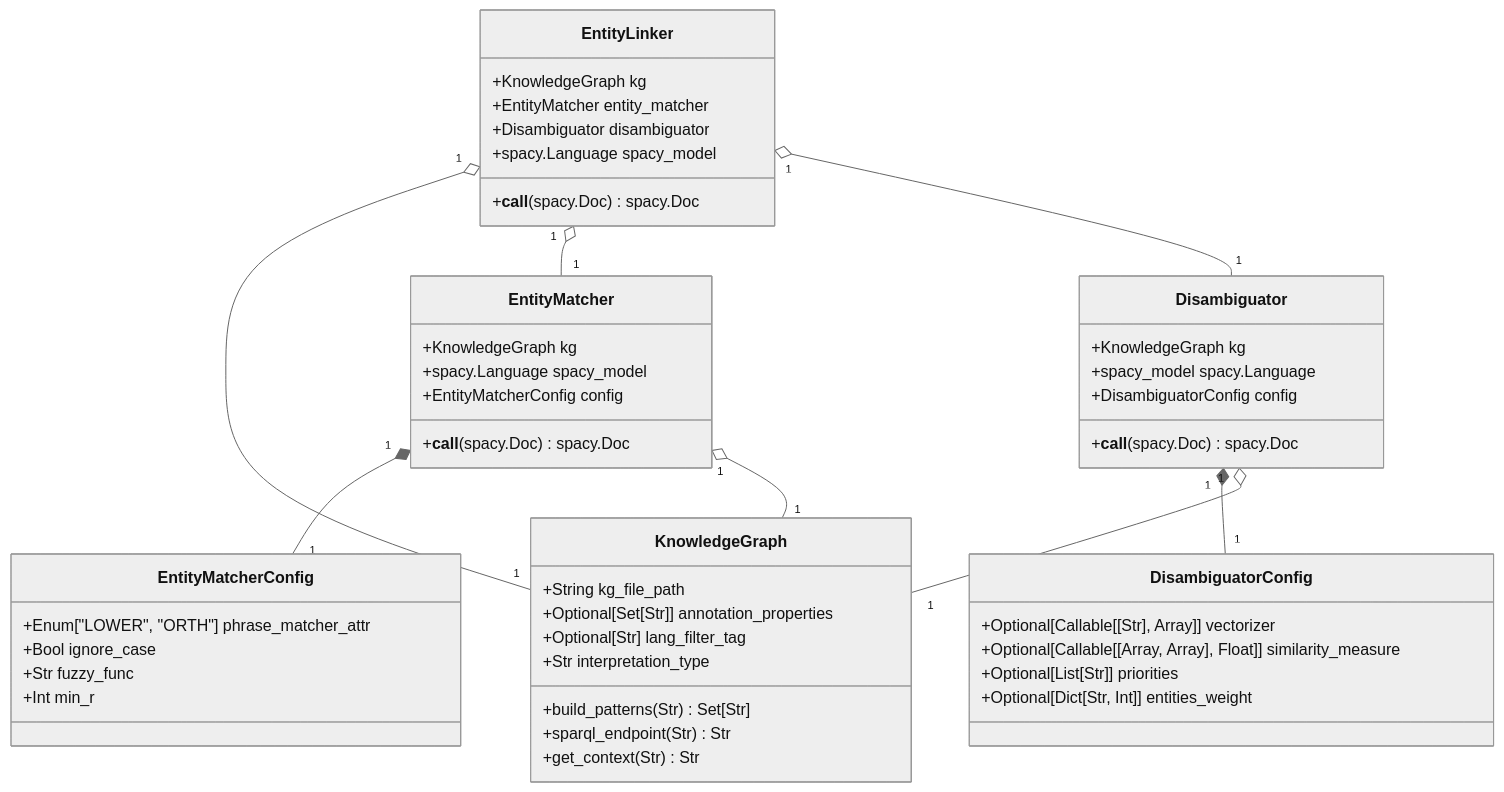
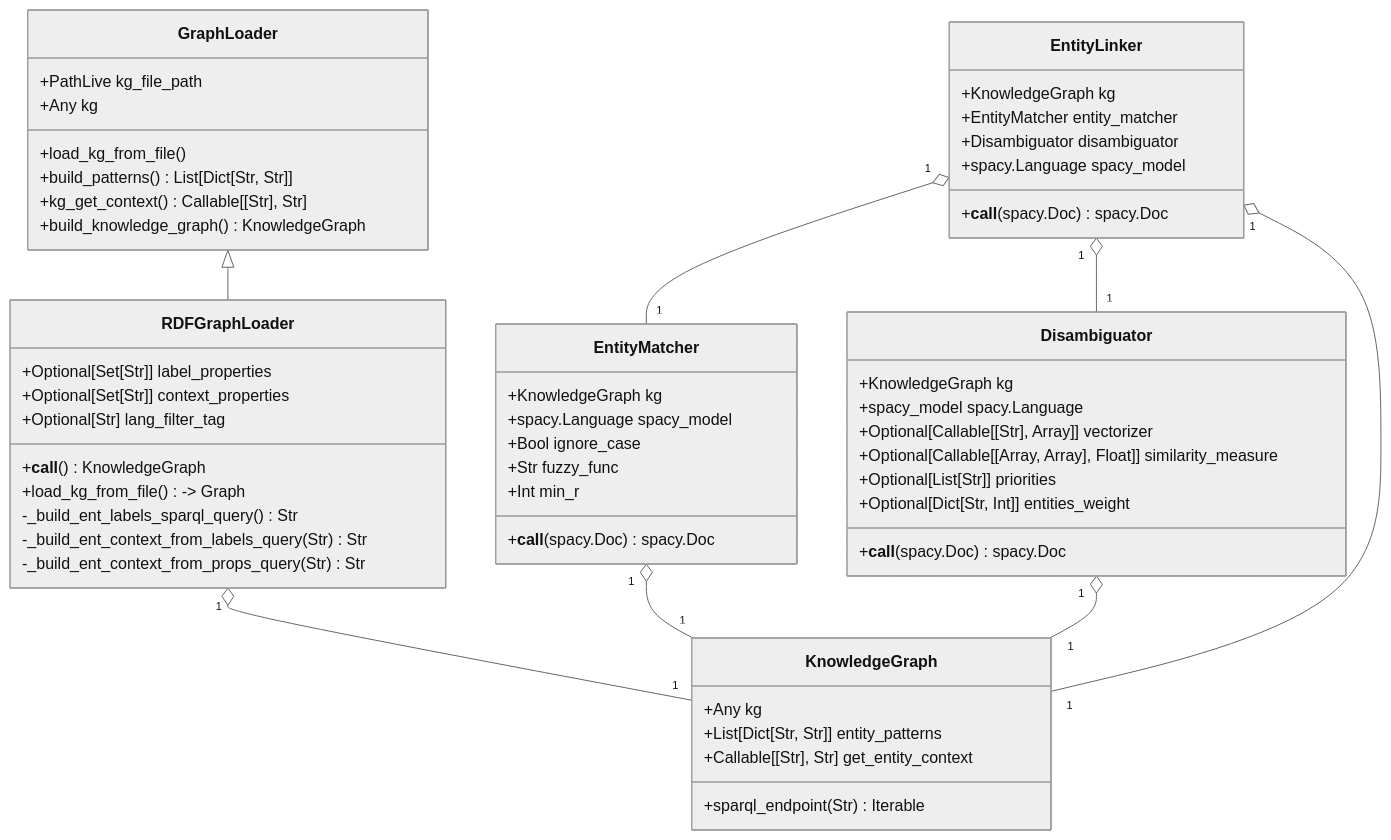
The diagram in docs/dev_doc.md (schmarion/buzz-el), drawn with Mermaid (neutral theme) before and after one commit. The commit also changed other lines of this file and 1 other file, not shown here.

Commit message:
Update dev doc with the new choices

````diff
--- a/docs/dev_doc.md
+++ b/docs/dev_doc.md
@@ -5,61 +5,71 @@
 ```mermaid
 classDiagram
 	class EntityLinker{
 		+KnowledgeGraph kg
         +EntityMatcher entity_matcher
 		+Disambiguator disambiguator
         +spacy.Language spacy_model
 
 		+__call__(spacy.Doc) spacy.Doc
 	}
 
 	class EntityMatcher {
         +KnowledgeGraph kg
         +spacy.Language spacy_model
-        +EntityMatcherConfig config
+        +Bool ignore_case
+        +Str fuzzy_func
+        +Int min_r
 
         +__call__(spacy.Doc) spacy.Doc
 	}
 
-	class EntityMatcherConfig{
-		+Enum["LOWER", "ORTH"] phrase_matcher_attr
-        +Bool ignore_case
-        +Str fuzzy_func
-        +Int min_r
-	}
+    class GraphLoader{
+        +PathLive kg_file_path
+        +Any kg
+
+        +load_kg_from_file()
+        +build_patterns() List[Dict[Str, Str]]
+        +kg_get_context() Callable[[Str], Str]
+        +build_knowledge_graph() KnowledgeGraph
+    }
+
+    class RDFGraphLoader{
+        +Optional[Set[Str]] label_properties
+        +Optional[Set[Str]] context_properties
+        +Optional[Str] lang_filter_tag
+
+        +__call__() KnowledgeGraph
+        +load_kg_from_file() -> Graph
+        -_build_ent_labels_sparql_query() Str
+        -_build_ent_context_from_labels_query(Str) Str
+        -_build_ent_context_from_props_query(Str) Str
+    }
 
 	class KnowledgeGraph{
-        +String kg_file_path
-        +Optional[Set[Str]] annotation_properties
-        +Optional[Str] lang_filter_tag
-        +Str interpretation_type
+        +Any kg
+        +List[Dict[Str, Str]] entity_patterns
+        +Callable[[Str], Str] get_entity_context
 
-        +build_patterns(Str) Set[Str]
-        +sparql_endpoint(Str) Str
-        +get_context(Str) Str
+        +sparql_endpoint(Str) Iterable
 	}
 
 	class Disambiguator{
 		+KnowledgeGraph kg
         +spacy_model spacy.Language
-        +DisambiguatorConfig config
+        +Optional[Callable[[Str], Array]] vectorizer
+        +Optional[Callable[[Array, Array], Float]] similarity_measure
+        +Optional[List[Str]] priorities
+        +Optional[Dict[Str, Int]] entities_weight
 
         +__call__(spacy.Doc) spacy.Doc
 	}
 
-	class DisambiguatorConfig {
-		+Optional[Callable[[Str], Array]] vectorizer
-        +Optional[Callable[[Array, Array], Float]] similarity_measure
-        +Optional[List[Str]] priorities
-        +Optional[Dict[Str, Int]] entities_weight
-	}
 
-    EntityMatcher "1" *-- "1" EntityMatcherConfig
-    Disambiguator "1" *-- "1" DisambiguatorConfig
-
+    GraphLoader <|-- RDFGraphLoader
+    RDFGraphLoader "1" o-- "1" KnowledgeGraph
     EntityMatcher "1" o-- "1" KnowledgeGraph
     Disambiguator "1" o-- "1" KnowledgeGraph
     EntityLinker "1" o-- "1" KnowledgeGraph
     EntityLinker "1" o-- "1" EntityMatcher
     EntityLinker "1" o-- "1" Disambiguator
 ```
````
